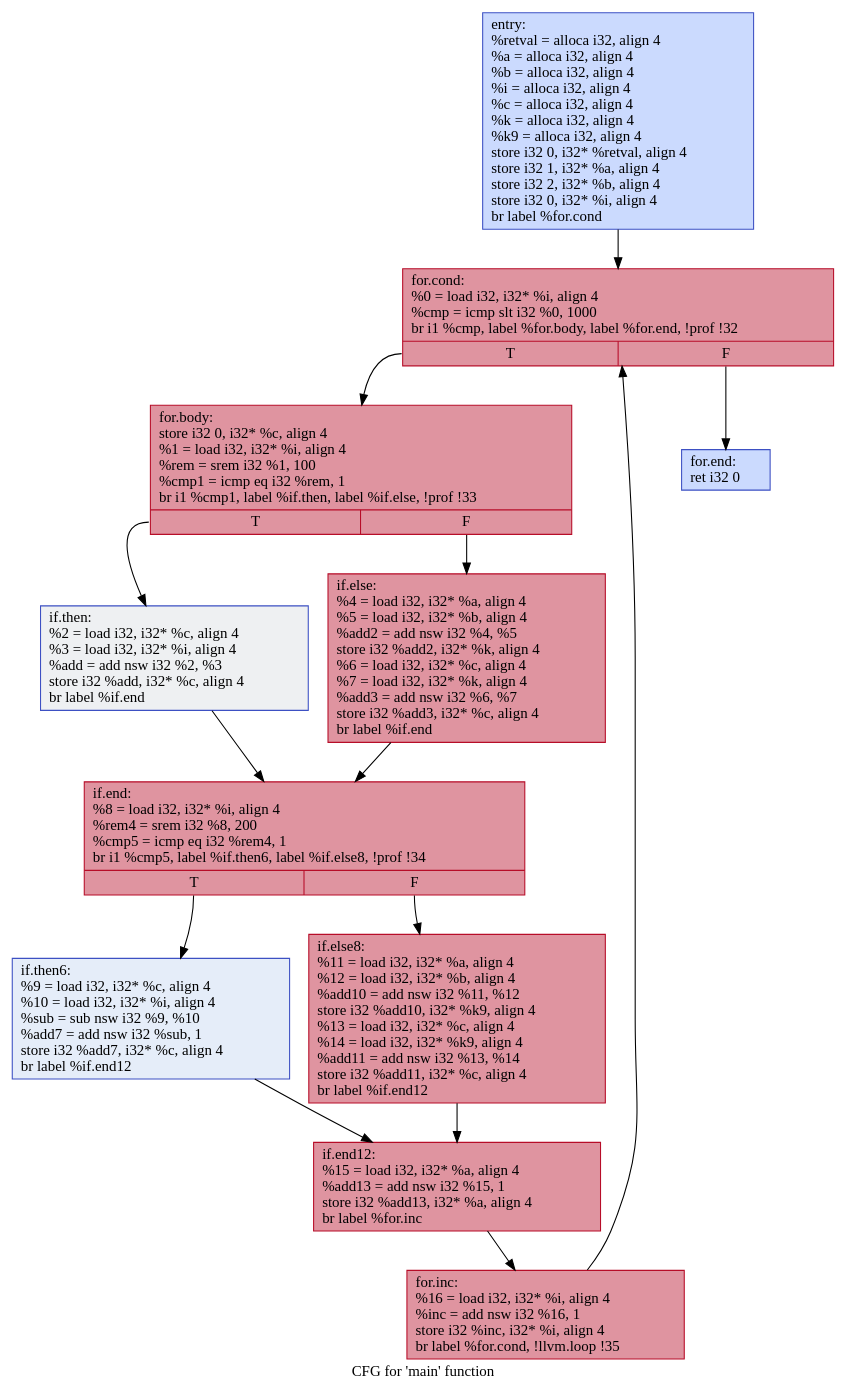
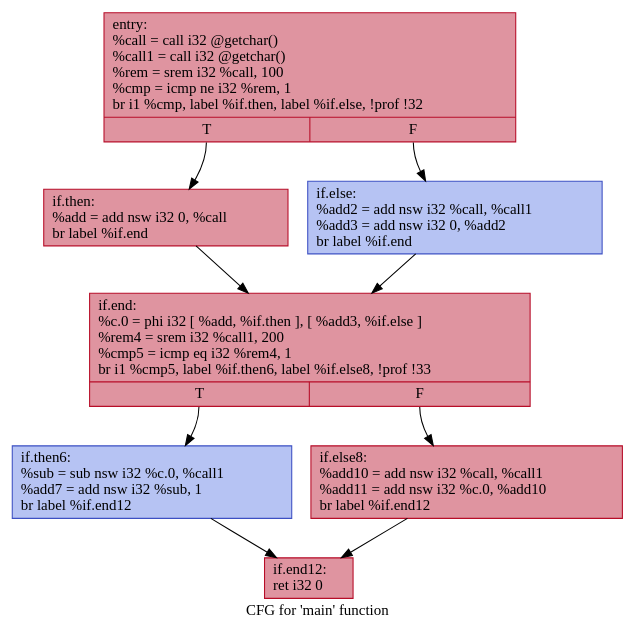
One commit to GGLeod/Speculation-Based-GVNPRE changed the diagram in visual/.main.dot. Above: the diagram before and after it, drawn with Graphviz. The commit also changed 17 other files, not shown here.

```diff
--- a/visual/.main.dot
+++ b/visual/.main.dot
@@ -1,28 +1,19 @@
 digraph "CFG for 'main' function" {
 	label="CFG for 'main' function";
 
-	Node0x563f211b34d0 [shape=record,color="#3d50c3ff", style=filled, fillcolor="#88abfd70",label="{entry:\l  %retval = alloca i32, align 4\l  %a = alloca i32, align 4\l  %b = alloca i32, align 4\l  %i = alloca i32, align 4\l  %c = alloca i32, align 4\l  %k = alloca i32, align 4\l  %k9 = alloca i32, align 4\l  store i32 0, i32* %retval, align 4\l  store i32 1, i32* %a, align 4\l  store i32 2, i32* %b, align 4\l  store i32 0, i32* %i, align 4\l  br label %for.cond\l}"];
-	Node0x563f211b34d0 -> Node0x563f211be3e0;
-	Node0x563f211be3e0 [shape=record,color="#b70d28ff", style=filled, fillcolor="#b70d2870",label="{for.cond:                                         \l  %0 = load i32, i32* %i, align 4\l  %cmp = icmp slt i32 %0, 1000\l  br i1 %cmp, label %for.body, label %for.end, !prof !32\l|{<s0>T|<s1>F}}"];
-	Node0x563f211be3e0:s0 -> Node0x563f211be430;
-	Node0x563f211be3e0:s1 -> Node0x563f211be6b0;
-	Node0x563f211be430 [shape=record,color="#b70d28ff", style=filled, fillcolor="#b70d2870",label="{for.body:                                         \l  store i32 0, i32* %c, align 4\l  %1 = load i32, i32* %i, align 4\l  %rem = srem i32 %1, 100\l  %cmp1 = icmp eq i32 %rem, 1\l  br i1 %cmp1, label %if.then, label %if.else, !prof !33\l|{<s0>T|<s1>F}}"];
-	Node0x563f211be430:s0 -> Node0x563f211be480;
-	Node0x563f211be430:s1 -> Node0x563f211be4d0;
-	Node0x563f211be480 [shape=record,color="#3d50c3ff", style=filled, fillcolor="#d9dce170",label="{if.then:                                          \l  %2 = load i32, i32* %c, align 4\l  %3 = load i32, i32* %i, align 4\l  %add = add nsw i32 %2, %3\l  store i32 %add, i32* %c, align 4\l  br label %if.end\l}"];
-	Node0x563f211be480 -> Node0x563f211be520;
-	Node0x563f211be4d0 [shape=record,color="#b70d28ff", style=filled, fillcolor="#b70d2870",label="{if.else:                                          \l  %4 = load i32, i32* %a, align 4\l  %5 = load i32, i32* %b, align 4\l  %add2 = add nsw i32 %4, %5\l  store i32 %add2, i32* %k, align 4\l  %6 = load i32, i32* %c, align 4\l  %7 = load i32, i32* %k, align 4\l  %add3 = add nsw i32 %6, %7\l  store i32 %add3, i32* %c, align 4\l  br label %if.end\l}"];
-	Node0x563f211be4d0 -> Node0x563f211be520;
-	Node0x563f211be520 [shape=record,color="#b70d28ff", style=filled, fillcolor="#b70d2870",label="{if.end:                                           \l  %8 = load i32, i32* %i, align 4\l  %rem4 = srem i32 %8, 200\l  %cmp5 = icmp eq i32 %rem4, 1\l  br i1 %cmp5, label %if.then6, label %if.else8, !prof !34\l|{<s0>T|<s1>F}}"];
-	Node0x563f211be520:s0 -> Node0x563f211be570;
-	Node0x563f211be520:s1 -> Node0x563f211be5c0;
-	Node0x563f211be570 [shape=record,color="#3d50c3ff", style=filled, fillcolor="#c5d6f270",label="{if.then6:                                         \l  %9 = load i32, i32* %c, align 4\l  %10 = load i32, i32* %i, align 4\l  %sub = sub nsw i32 %9, %10\l  %add7 = add nsw i32 %sub, 1\l  store i32 %add7, i32* %c, align 4\l  br label %if.end12\l}"];
-	Node0x563f211be570 -> Node0x563f211be610;
-	Node0x563f211be5c0 [shape=record,color="#b70d28ff", style=filled, fillcolor="#b70d2870",label="{if.else8:                                         \l  %11 = load i32, i32* %a, align 4\l  %12 = load i32, i32* %b, align 4\l  %add10 = add nsw i32 %11, %12\l  store i32 %add10, i32* %k9, align 4\l  %13 = load i32, i32* %c, align 4\l  %14 = load i32, i32* %k9, align 4\l  %add11 = add nsw i32 %13, %14\l  store i32 %add11, i32* %c, align 4\l  br label %if.end12\l}"];
-	Node0x563f211be5c0 -> Node0x563f211be610;
-	Node0x563f211be610 [shape=record,color="#b70d28ff", style=filled, fillcolor="#b70d2870",label="{if.end12:                                         \l  %15 = load i32, i32* %a, align 4\l  %add13 = add nsw i32 %15, 1\l  store i32 %add13, i32* %a, align 4\l  br label %for.inc\l}"];
-	Node0x563f211be610 -> Node0x563f211be660;
-	Node0x563f211be660 [shape=record,color="#b70d28ff", style=filled, fillcolor="#b70d2870",label="{for.inc:                                          \l  %16 = load i32, i32* %i, align 4\l  %inc = add nsw i32 %16, 1\l  store i32 %inc, i32* %i, align 4\l  br label %for.cond, !llvm.loop !35\l}"];
-	Node0x563f211be660 -> Node0x563f211be3e0;
-	Node0x563f211be6b0 [shape=record,color="#3d50c3ff", style=filled, fillcolor="#88abfd70",label="{for.end:                                          \l  ret i32 0\l}"];
+	Node0x55fbf7e7fc40 [shape=record,color="#b70d28ff", style=filled, fillcolor="#b70d2870",label="{entry:\l  %call = call i32 @getchar()\l  %call1 = call i32 @getchar()\l  %rem = srem i32 %call, 100\l  %cmp = icmp ne i32 %rem, 1\l  br i1 %cmp, label %if.then, label %if.else, !prof !32\l|{<s0>T|<s1>F}}"];
+	Node0x55fbf7e7fc40:s0 -> Node0x55fbf7e882d0;
+	Node0x55fbf7e7fc40:s1 -> Node0x55fbf7e88320;
+	Node0x55fbf7e882d0 [shape=record,color="#b70d28ff", style=filled, fillcolor="#b70d2870",label="{if.then:                                          \l  %add = add nsw i32 0, %call\l  br label %if.end\l}"];
+	Node0x55fbf7e882d0 -> Node0x55fbf7e88370;
+	Node0x55fbf7e88320 [shape=record,color="#3d50c3ff", style=filled, fillcolor="#5977e370",label="{if.else:                                          \l  %add2 = add nsw i32 %call, %call1\l  %add3 = add nsw i32 0, %add2\l  br label %if.end\l}"];
+	Node0x55fbf7e88320 -> Node0x55fbf7e88370;
+	Node0x55fbf7e88370 [shape=record,color="#b70d28ff", style=filled, fillcolor="#b70d2870",label="{if.end:                                           \l  %c.0 = phi i32 [ %add, %if.then ], [ %add3, %if.else ]\l  %rem4 = srem i32 %call1, 200\l  %cmp5 = icmp eq i32 %rem4, 1\l  br i1 %cmp5, label %if.then6, label %if.else8, !prof !33\l|{<s0>T|<s1>F}}"];
+	Node0x55fbf7e88370:s0 -> Node0x55fbf7e883c0;
+	Node0x55fbf7e88370:s1 -> Node0x55fbf7e88410;
+	Node0x55fbf7e883c0 [shape=record,color="#3d50c3ff", style=filled, fillcolor="#5977e370",label="{if.then6:                                         \l  %sub = sub nsw i32 %c.0, %call1\l  %add7 = add nsw i32 %sub, 1\l  br label %if.end12\l}"];
+	Node0x55fbf7e883c0 -> Node0x55fbf7e88460;
+	Node0x55fbf7e88410 [shape=record,color="#b70d28ff", style=filled, fillcolor="#b70d2870",label="{if.else8:                                         \l  %add10 = add nsw i32 %call, %call1\l  %add11 = add nsw i32 %c.0, %add10\l  br label %if.end12\l}"];
+	Node0x55fbf7e88410 -> Node0x55fbf7e88460;
+	Node0x55fbf7e88460 [shape=record,color="#b70d28ff", style=filled, fillcolor="#b70d2870",label="{if.end12:                                         \l  ret i32 0\l}"];
 }
```
